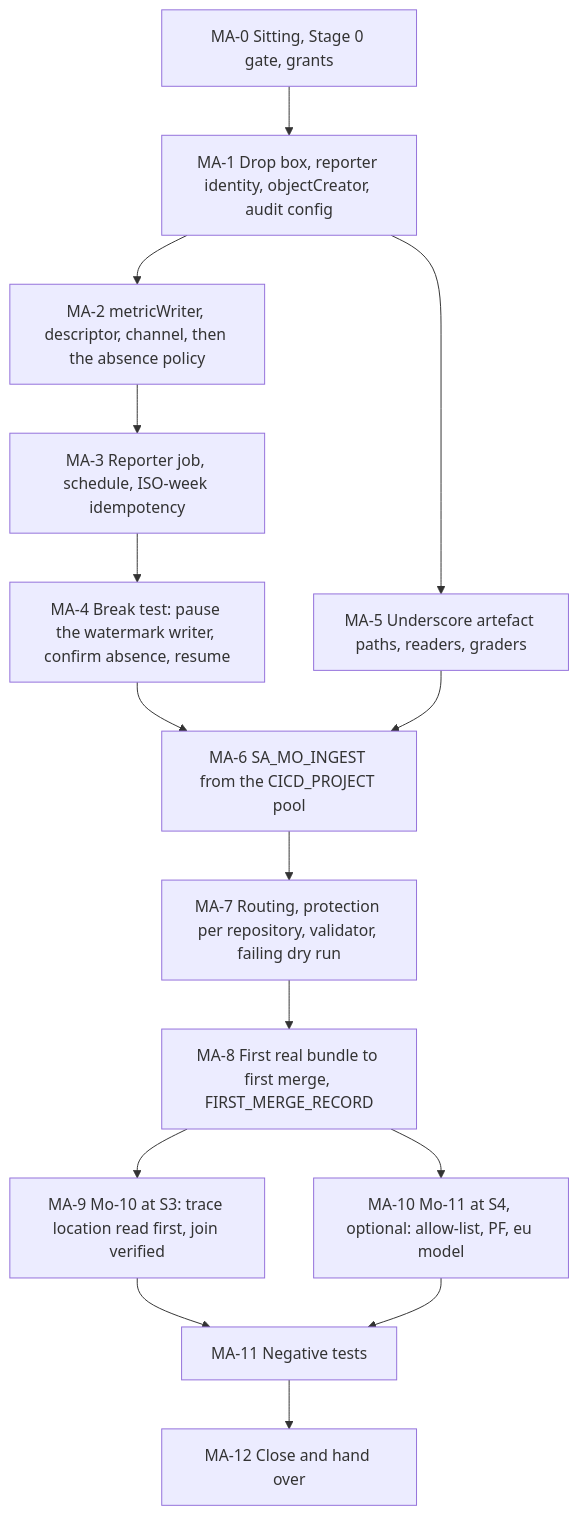
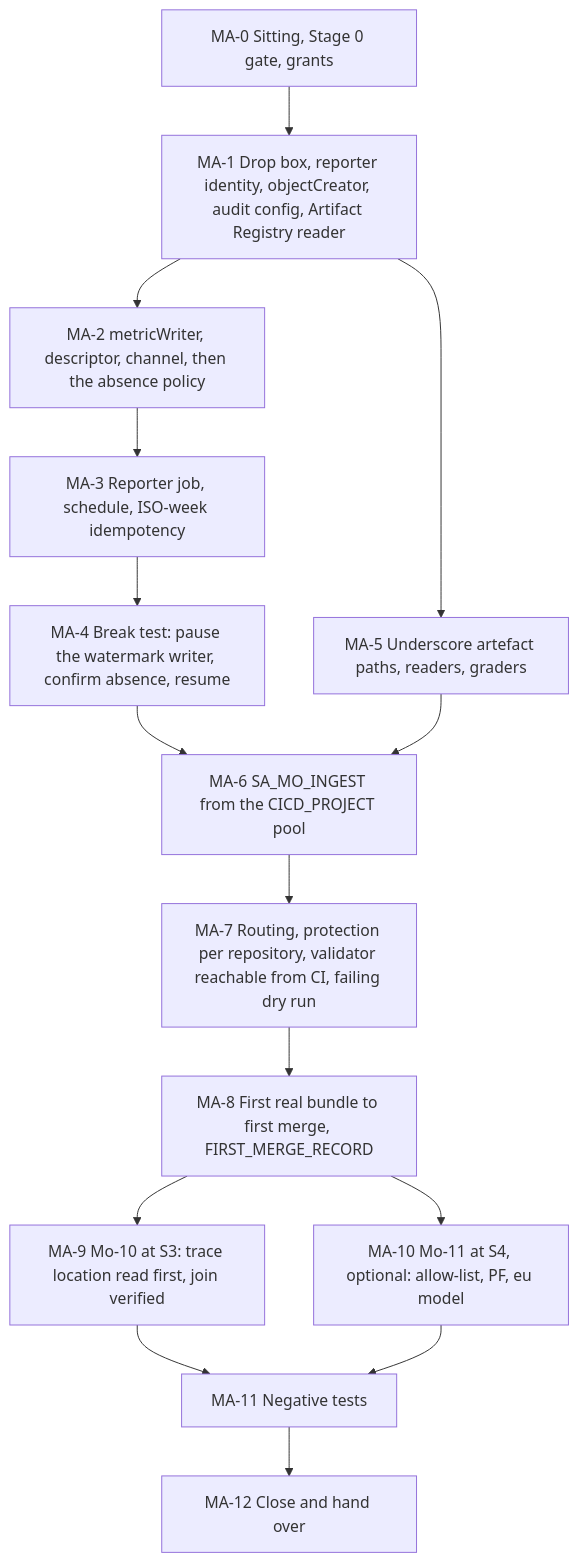
Before and after one commit to jsbdfgidsfg/agentic-platform: the diagram in platform/agentic-platform/setup/40-mo-after-stage-0.md, drawn with Mermaid. The commit also changed other lines of this file and 41 other files, not shown here.

````diff
--- a/platform/agentic-platform/setup/40-mo-after-stage-0.md
+++ b/platform/agentic-platform/setup/40-mo-after-stage-0.md
@@ -53,17 +54,17 @@
 ```mermaid
 flowchart TD
-  A["MA-0 Sitting, Stage 0 gate, grants"] --> B["MA-1 Drop box, reporter identity, objectCreator, audit config"]
+  A["MA-0 Sitting, Stage 0 gate, grants"] --> B["MA-1 Drop box, reporter identity, objectCreator, audit config, Artifact Registry reader"]
   B --> C["MA-2 metricWriter, descriptor, channel, then the absence policy"]
   C --> D["MA-3 Reporter job, schedule, ISO-week idempotency"]
   D --> E["MA-4 Break test: pause the watermark writer, confirm absence, resume"]
   B --> F["MA-5 Underscore artefact paths, readers, graders"]
   E --> G["MA-6 SA_MO_INGEST from the CICD_PROJECT pool"]
   F --> G
-  G --> H["MA-7 Routing, protection per repository, validator, failing dry run"]
+  G --> H["MA-7 Routing, protection per repository, validator reachable from CI, failing dry run"]
   H --> I["MA-8 First real bundle to first merge, FIRST_MERGE_RECORD"]
   I --> J["MA-9 Mo-10 at S3: trace location read first, join verified"]
   I --> K["MA-10 Mo-11 at S4, optional: allow-list, PF, eu model"]
   J --> L["MA-11 Negative tests"]
   K --> L
   L --> M["MA-12 Close and hand over"]
 ```
````
